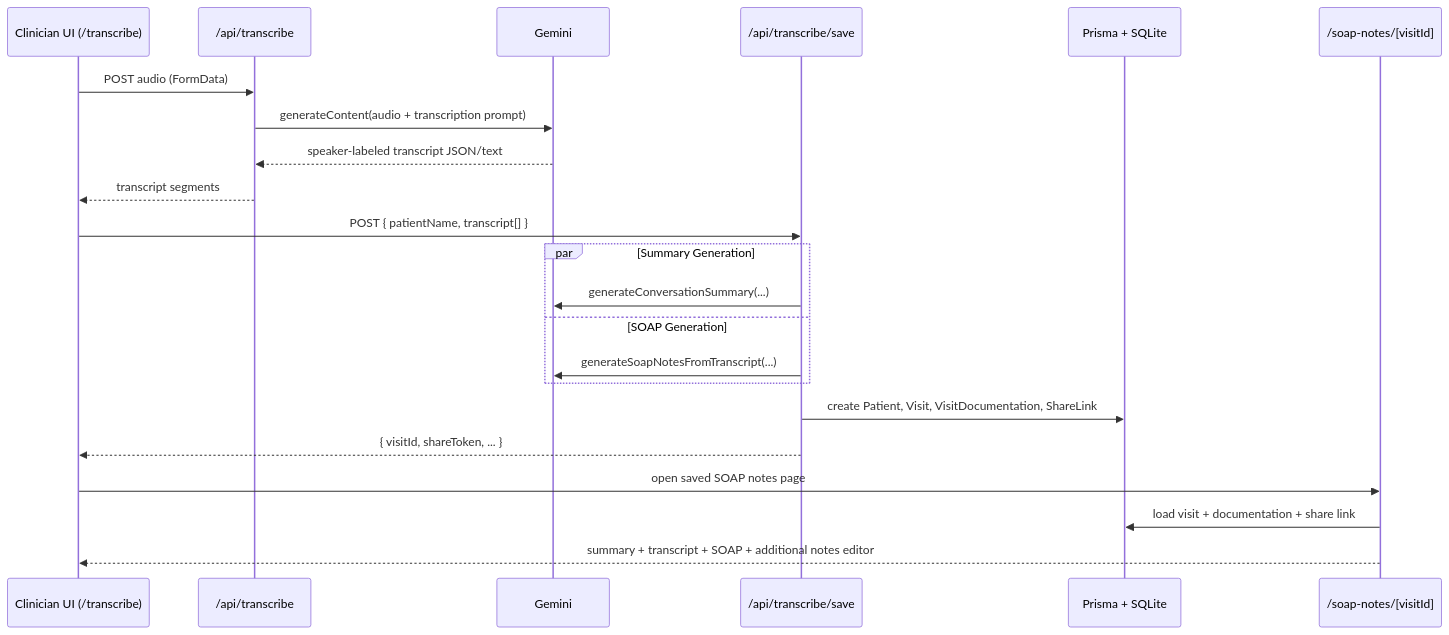
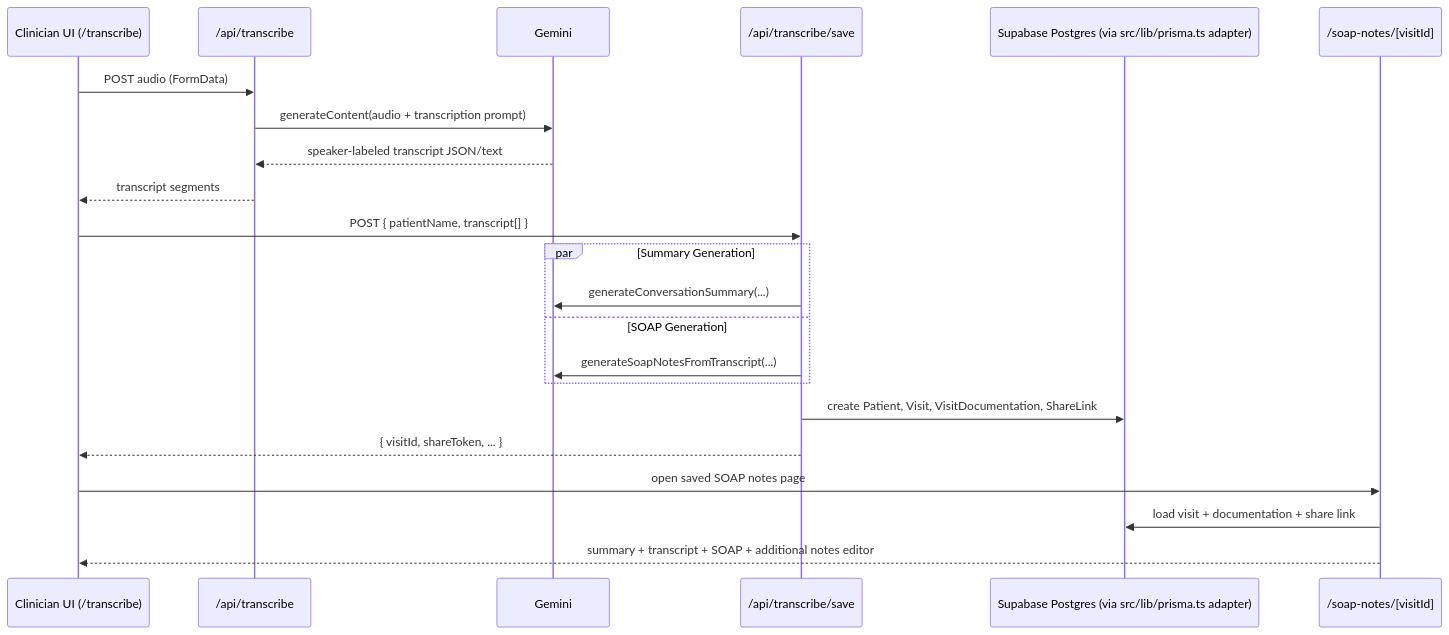
One commit to Manoj7ar/Synth changed the second of 5 diagrams in README.md. Above: the diagram before and after it, drawn with Mermaid. The commit also changed other lines of this file and 1 other file, not shown here.

Commit message:
Update docs for Supabase runtime backend migration

````diff
--- a/README.md
+++ b/README.md
@@ -96,27 +96,27 @@
 ```mermaid
 sequenceDiagram
   participant U as Clinician UI (/transcribe)
   participant T as /api/transcribe
   participant G as Gemini
   participant S as /api/transcribe/save
-  participant DB as Prisma + SQLite
+  participant DB as Supabase Postgres (via src/lib/prisma.ts adapter)
   participant N as /soap-notes/[visitId]
 
   U->>T: POST audio (FormData)
   T->>G: generateContent(audio + transcription prompt)
   G-->>T: speaker-labeled transcript JSON/text
   T-->>U: transcript segments
 
   U->>S: POST { patientName, transcript[] }
   par Summary Generation
     S->>G: generateConversationSummary(...)
   and SOAP Generation
     S->>G: generateSoapNotesFromTranscript(...)
   end
   S->>DB: create Patient, Visit, VisitDocumentation, ShareLink
   S-->>U: { visitId, shareToken, ... }
 
   U->>N: open saved SOAP notes page
   N->>DB: load visit + documentation + share link
   N-->>U: summary + transcript + SOAP + additional notes editor
 ```
````
